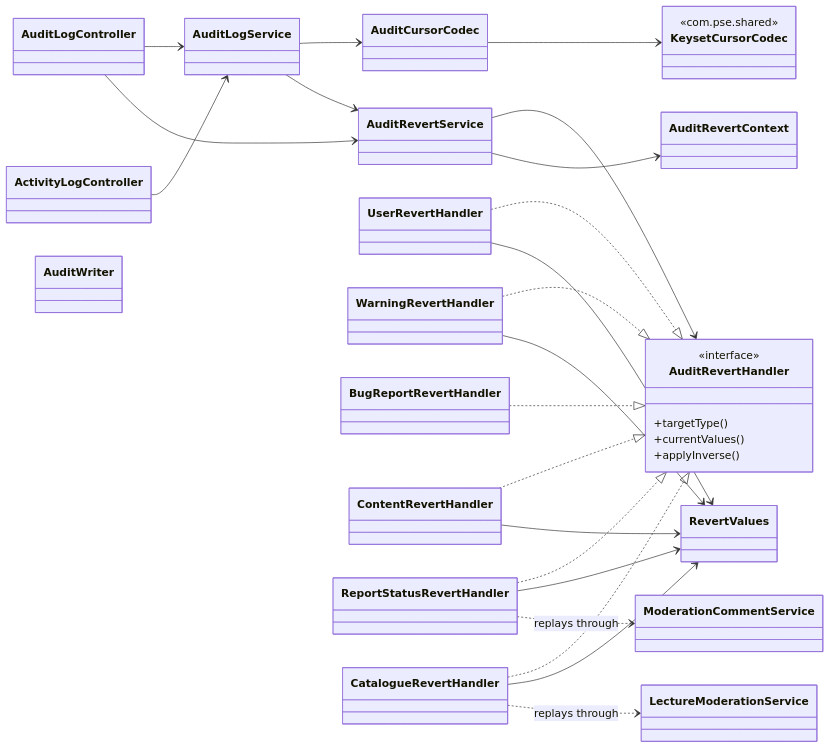
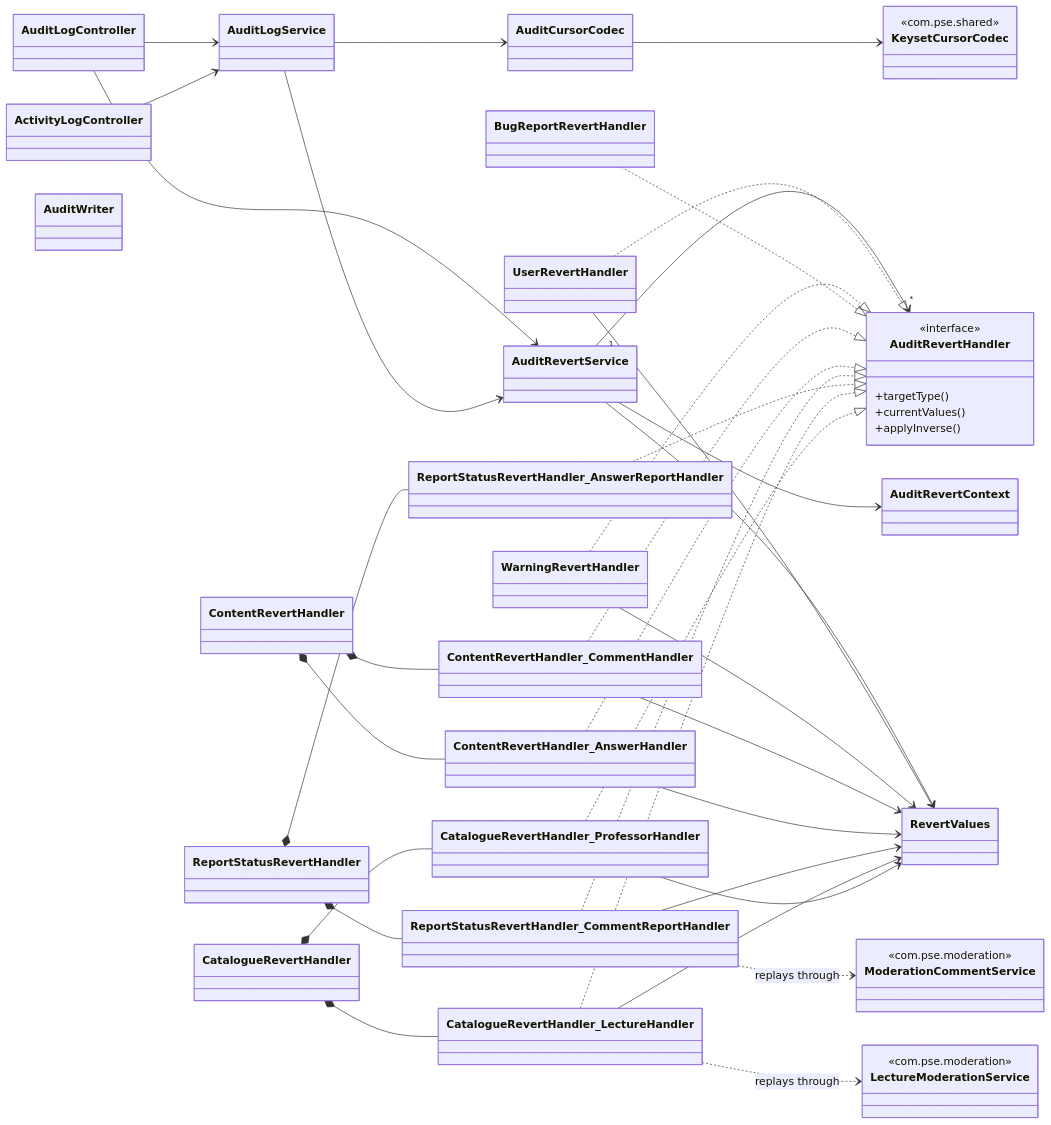
Before and after one commit to AlparslanSemiz/rate-my-professor: the fourth of 6 diagrams in backend/docs/class-diagrams.md, drawn with Mermaid. The commit also changed other lines of this file, not shown here.

Commit message:
correct the class diagrams

````diff
--- a/backend/docs/class-diagrams.md
+++ b/backend/docs/class-diagrams.md
@@ -270,54 +320,82 @@
 ```mermaid
 classDiagram
     direction LR
 
     class AuditLogController
     class ActivityLogController
     class AuditLogService
     class AuditWriter
     class AuditCursorCodec
     class KeysetCursorCodec {
         <<com.pse.shared>>
     }
     class AuditRevertService
     class RevertValues
     class AuditRevertContext
 
     class AuditRevertHandler {
         <<interface>>
         +targetType()
         +currentValues()
         +applyInverse()
     }
     class UserRevertHandler
     class WarningRevertHandler
     class BugReportRevertHandler
     class ContentRevertHandler
+    class ContentRevertHandler_CommentHandler
+    class ContentRevertHandler_AnswerHandler
     class ReportStatusRevertHandler
+    class ReportStatusRevertHandler_CommentReportHandler
+    class ReportStatusRevertHandler_AnswerReportHandler
     class CatalogueRevertHandler
+    class CatalogueRevertHandler_LectureHandler
+    class CatalogueRevertHandler_ProfessorHandler
+    class ModerationCommentService {
+        <<com.pse.moderation>>
+    }
+    class LectureModerationService {
+        <<com.pse.moderation>>
+    }
 
     AuditLogController --> AuditLogService
     AuditLogController --> AuditRevertService
     ActivityLogController --> AuditLogService
     AuditLogService --> AuditCursorCodec
     AuditLogService --> AuditRevertService
     AuditCursorCodec --> KeysetCursorCodec
 
-    AuditRevertService --> AuditRevertHandler
+    AuditRevertService "1" --> "*" AuditRevertHandler
     AuditRevertService --> AuditRevertContext
+    AuditRevertService --> RevertValues
+
     UserRevertHandler ..|> AuditRevertHandler
     WarningRevertHandler ..|> AuditRevertHandler
     BugReportRevertHandler ..|> AuditRevertHandler
-    ContentRevertHandler ..|> AuditRevertHandler
-    ReportStatusRevertHandler ..|> AuditRevertHandler
-    CatalogueRevertHandler ..|> AuditRevertHandler
+
+    ContentRevertHandler *-- ContentRevertHandler_CommentHandler
+    ContentRevertHandler *-- ContentRevertHandler_AnswerHandler
+    ContentRevertHandler_CommentHandler ..|> AuditRevertHandler
+    ContentRevertHandler_AnswerHandler ..|> AuditRevertHandler
+
+    ReportStatusRevertHandler *-- ReportStatusRevertHandler_CommentReportHandler
+    ReportStatusRevertHandler *-- ReportStatusRevertHandler_AnswerReportHandler
+    ReportStatusRevertHandler_CommentReportHandler ..|> AuditRevertHandler
+    ReportStatusRevertHandler_AnswerReportHandler ..|> AuditRevertHandler
+
+    CatalogueRevertHandler *-- CatalogueRevertHandler_LectureHandler
+    CatalogueRevertHandler *-- CatalogueRevertHandler_ProfessorHandler
+    CatalogueRevertHandler_LectureHandler ..|> AuditRevertHandler
+    CatalogueRevertHandler_ProfessorHandler ..|> AuditRevertHandler
 
     UserRevertHandler --> RevertValues
     WarningRevertHandler --> RevertValues
-    ContentRevertHandler --> RevertValues
-    ReportStatusRevertHandler --> RevertValues
-    CatalogueRevertHandler --> RevertValues
+    ContentRevertHandler_CommentHandler --> RevertValues
+    ContentRevertHandler_AnswerHandler --> RevertValues
+    ReportStatusRevertHandler_CommentReportHandler --> RevertValues
+    CatalogueRevertHandler_LectureHandler --> RevertValues
+    CatalogueRevertHandler_ProfessorHandler --> RevertValues
 
-    ReportStatusRevertHandler ..> ModerationCommentService : replays through
-    CatalogueRevertHandler ..> LectureModerationService : replays through
+    ReportStatusRevertHandler_CommentReportHandler ..> ModerationCommentService : replays through
+    CatalogueRevertHandler_LectureHandler ..> LectureModerationService : replays through
 ```
````
